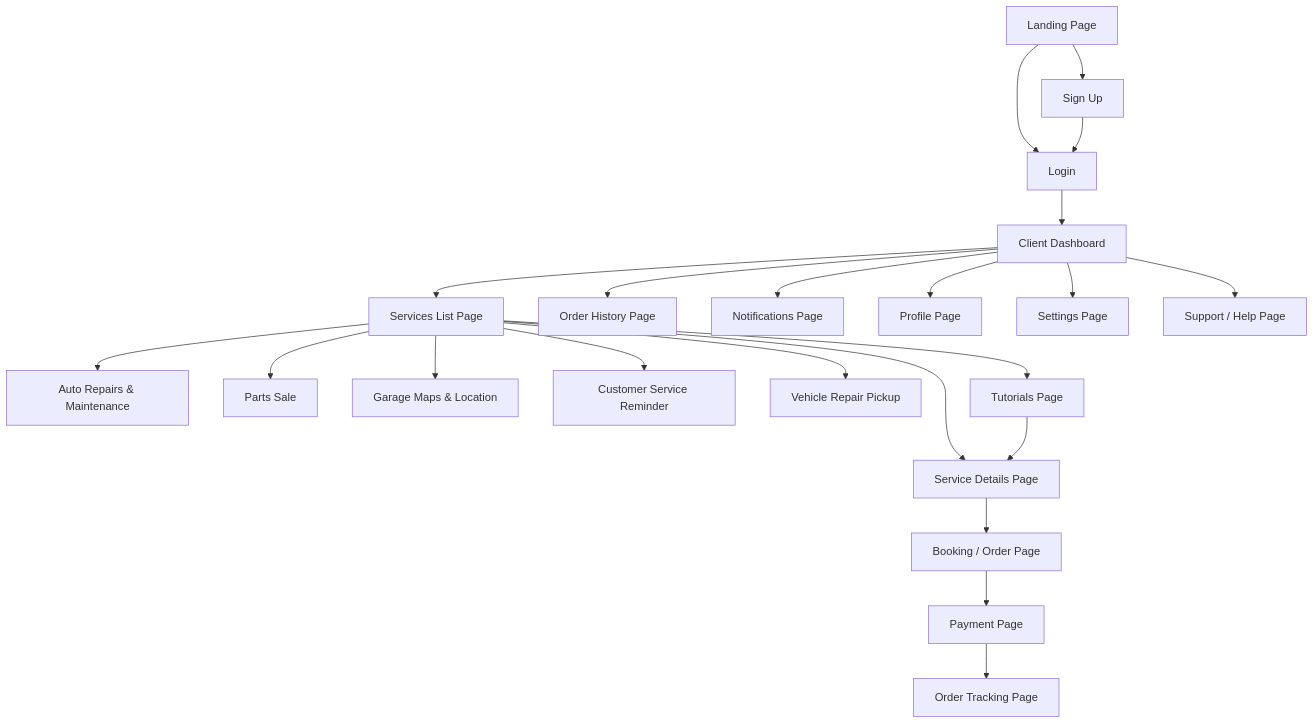
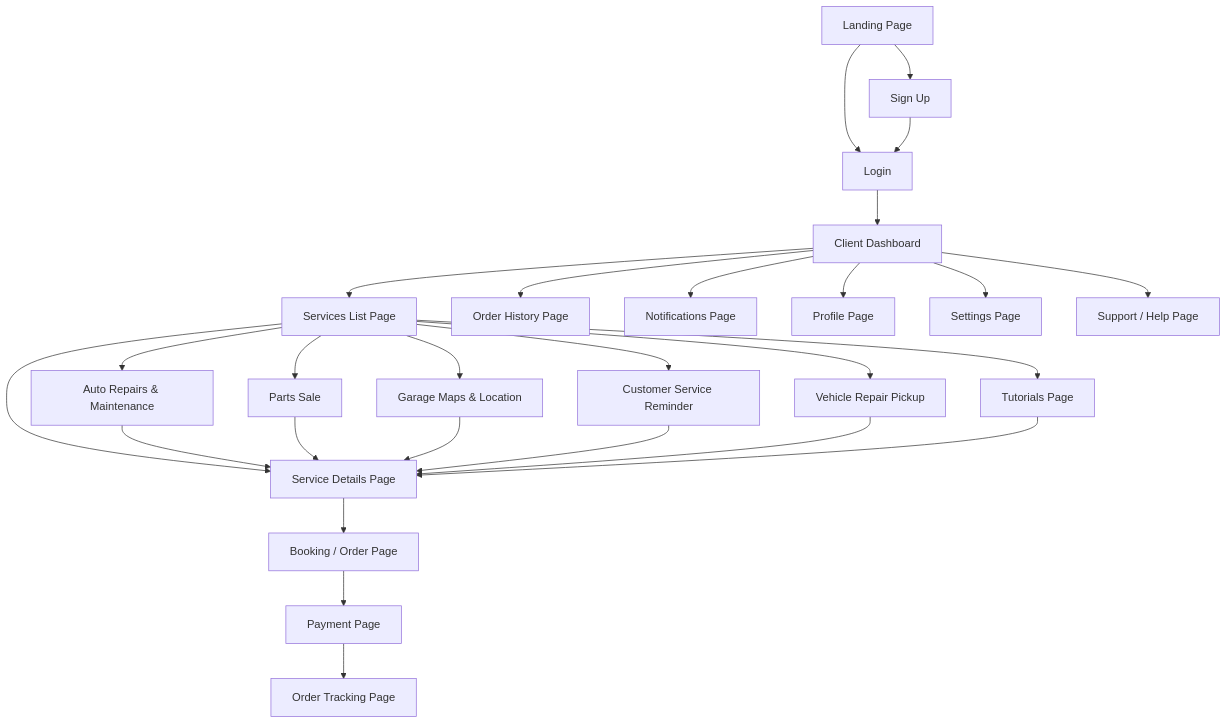
One commit to Hnn3y/Royal_Gem-Client changed the diagram in README.md. Above: the diagram before and after it, drawn with Mermaid.

Commit message:
fix: List reroute

````diff
--- a/README.md
+++ b/README.md
@@ -3,53 +3,58 @@
 ```mermaid
 flowchart TD
 
     A[Landing Page]
     B[Sign Up]
     C[Login]
     D[Client Dashboard]
     E[Services List Page]
     F[Service Details Page]
     G[Booking / Order Page]
     H[Payment Page]
     I[Order Tracking Page]
     J[Order History Page]
     K[Notifications Page]
     L[Profile Page]
     M[Settings Page]
     N[Support / Help Page]
 
     %% Service Categories
     S1[Auto Repairs & Maintenance]
     S2[Parts Sale]
     S3[Garage Maps & Location]
     S4[Customer Service Reminder]
     S5[Vehicle Repair Pickup]
     S6[Tutorials Page]
 
     %% Main Flow
     A --> B
     A --> C
     B --> C
     C --> D
     D --> E
     E --> F
     F --> G
     G --> H
     H --> I
     D --> J
     D --> K
     D --> L
     D --> M
     D --> N
 
     %% Services Branch
     E --> S1
     E --> S2
     E --> S3
     E --> S4
     E --> S5
     E --> S6
+    S1 --> F
+    S2 --> F
+    S3 --> F
+    S4 --> F
+    S5 --> F
 
     %% Tutorials Path
     S6 --> F
 ```
````
